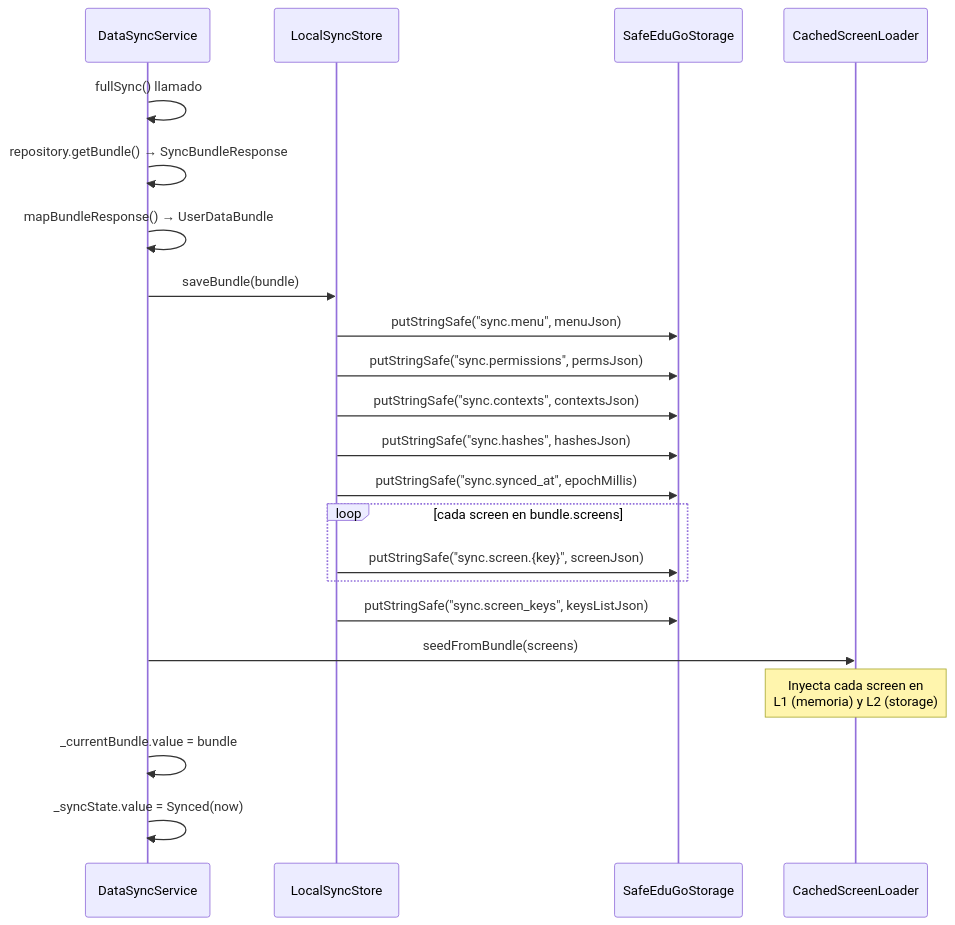
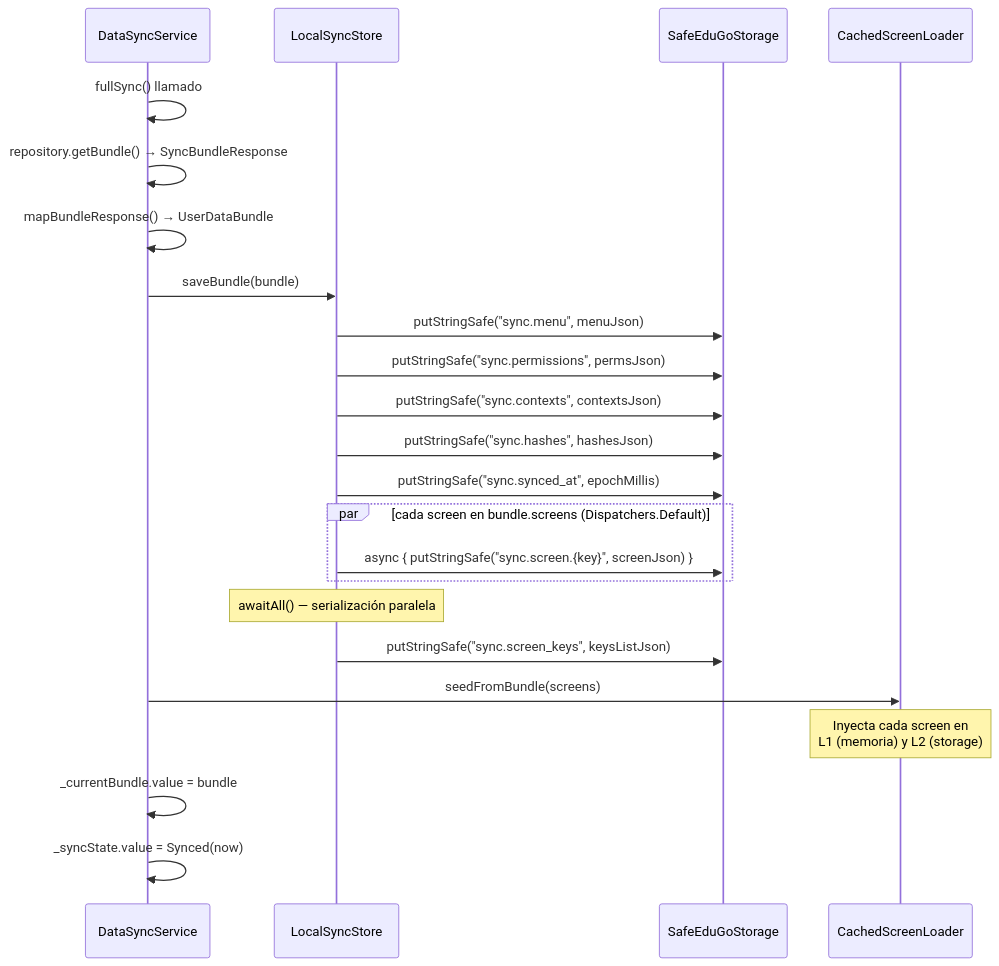
The seventh of 15 diagrams in docs/flujos-arquitectura/05-storage-local.md (EduGoGroup/EduUi-KMP), drawn with Mermaid before and after one commit. The commit also changed other lines of this file and 9 other files, not shown here.

First line of the commit message:
Optimize bundle load and save with parallel screen serialization

````diff
--- a/docs/flujos-arquitectura/05-storage-local.md
+++ b/docs/flujos-arquitectura/05-storage-local.md
@@ -236,25 +236,26 @@
 ```mermaid
 sequenceDiagram
     participant DS as DataSyncService
     participant LSS as LocalSyncStore
     participant Storage as SafeEduGoStorage
     participant CSL as CachedScreenLoader
 
     DS->>DS: fullSync() llamado
     DS->>DS: repository.getBundle() → SyncBundleResponse
     DS->>DS: mapBundleResponse() → UserDataBundle
     DS->>LSS: saveBundle(bundle)
     LSS->>Storage: putStringSafe("sync.menu", menuJson)
     LSS->>Storage: putStringSafe("sync.permissions", permsJson)
     LSS->>Storage: putStringSafe("sync.contexts", contextsJson)
     LSS->>Storage: putStringSafe("sync.hashes", hashesJson)
     LSS->>Storage: putStringSafe("sync.synced_at", epochMillis)
-    loop cada screen en bundle.screens
-        LSS->>Storage: putStringSafe("sync.screen.{key}", screenJson)
+    par cada screen en bundle.screens (Dispatchers.Default)
+        LSS->>Storage: async { putStringSafe("sync.screen.{key}", screenJson) }
     end
+    Note over LSS: awaitAll() — serialización paralela
     LSS->>Storage: putStringSafe("sync.screen_keys", keysListJson)
     DS->>CSL: seedFromBundle(screens)
     Note over CSL: Inyecta cada screen en<br/>L1 (memoria) y L2 (storage)
     DS->>DS: _currentBundle.value = bundle
     DS->>DS: _syncState.value = Synced(now)
 ```
````
